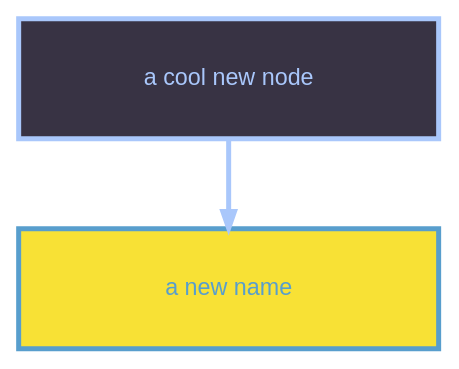
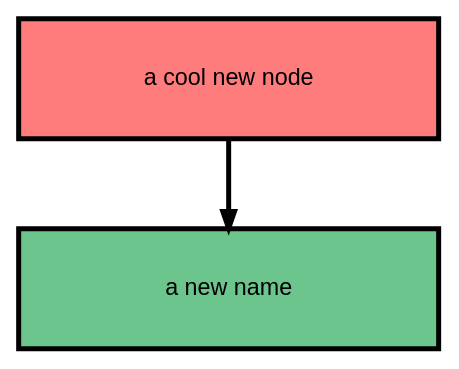
The diagram in examples/readme_example_1.presentation.dot (stevecooperorg/microdot), drawn with Graphviz before and after one commit. The commit also changed 13 other files, not shown here.

```diff
--- a/examples/readme_example_1.presentation.dot
+++ b/examples/readme_example_1.presentation.dot
@@ -1,12 +1,12 @@
 digraph {
 
     graph [fontname = "helvetica" rankdir=TB ranksep=0.75 nodesep=0.5];
     node [fontname = "helvetica" style="filled" shape=box height=1 width=3.5 penwidth=3];
-    edge [fontname = "helvetica" penwidth=3 color="#A9C7FB"];
+    edge [fontname = "helvetica" penwidth=3 color="#000"];
 
-    "n0" [label="a cool new node" fillcolor="#383344" color="#A9C7FB" fontcolor="#A9C7FB"]
-    "n1" [label="a new name" fillcolor="#F8E135" color="#589ECD" fontcolor="#589ECD"]
+    "n0" [label="a cool new node" fillcolor="#FF7C7C" color="#000" fontcolor="#000"]
+    "n1" [label="a new name" fillcolor="#6BC58C" color="#000" fontcolor="#000"]
 
     "n0" -> "n1";
 
 }
```
